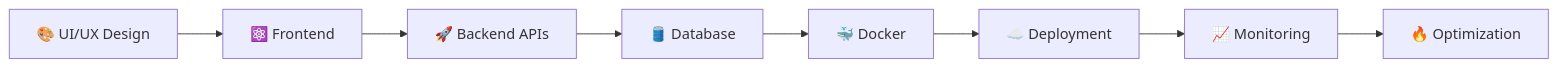
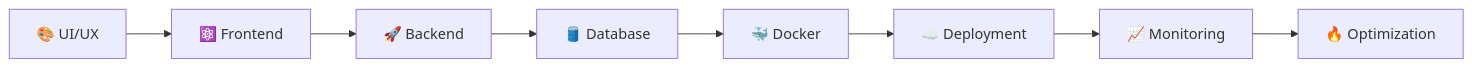
Before and after one commit to Aviral-1/Aviral-1: the diagram in README.md, drawn with Mermaid. The commit also changed other lines of this file, not shown here.

````diff
--- a/README.md
+++ b/README.md
@@ -219,11 +195,11 @@
 ```mermaid
 flowchart LR
 
-A[🎨 UI/UX Design] --> B[⚛️ Frontend]
-B --> C[🚀 Backend APIs]
+A[🎨 UI/UX] --> B[⚛️ Frontend]
+B --> C[🚀 Backend]
 C --> D[🛢️ Database]
 D --> E[🐳 Docker]
 E --> F[☁️ Deployment]
 F --> G[📈 Monitoring]
 G --> H[🔥 Optimization]
 ```
````
